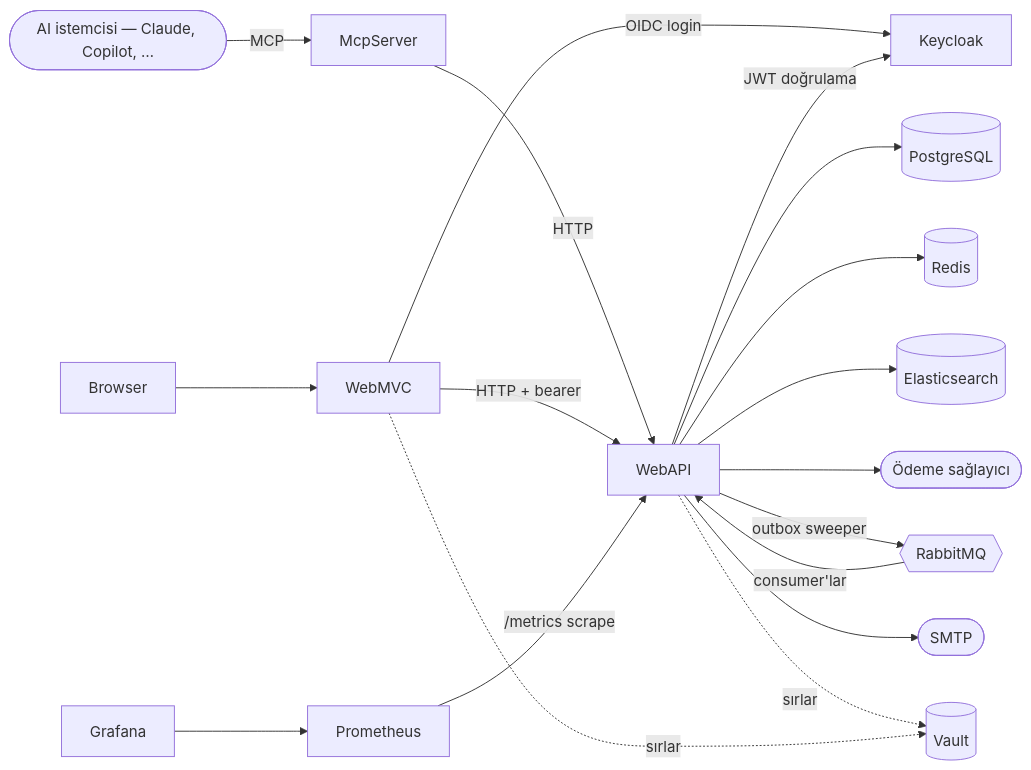
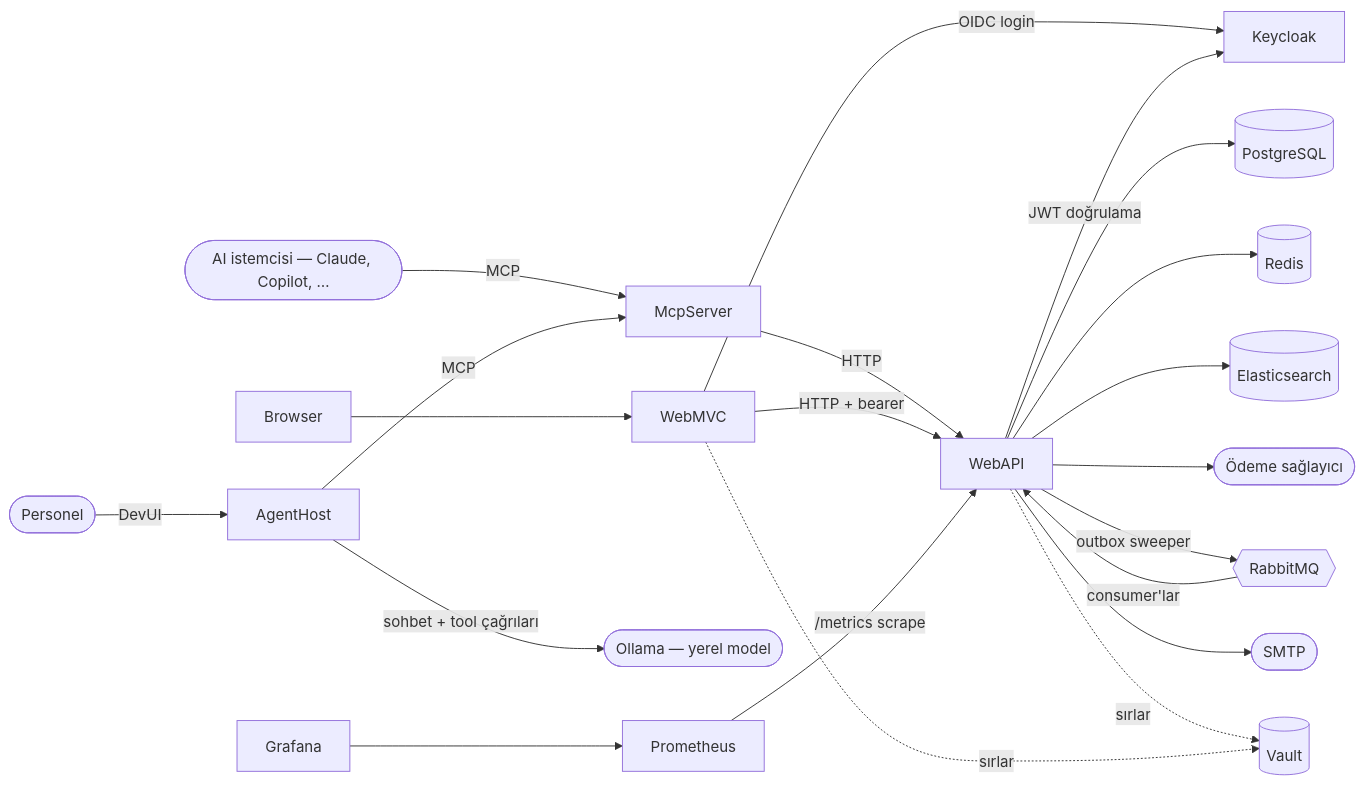
Before and after one commit to furkanpasaoglu/StadiaPass: the first of 2 diagrams in README.tr.md, drawn with Mermaid. The commit also changed other lines of this file and 1 other file, not shown here.

First line of the commit message:
docs: cover the analyst agent and its evals in the readme's AI section

````diff
--- a/README.tr.md
+++ b/README.tr.md
@@ -111,20 +116,23 @@
 ```mermaid
 flowchart LR
   Browser --> WebMVC
   AI([AI istemcisi — Claude, Copilot, …]) -->|MCP| McpServer
+  Personel([Personel]) -->|DevUI| AgentHost
+  AgentHost -->|MCP| McpServer
+  AgentHost -->|sohbet + tool çağrıları| Ollama([Ollama — yerel model])
   McpServer -->|HTTP| WebAPI
   WebMVC -->|HTTP + bearer| WebAPI
   WebMVC -->|OIDC login| Keycloak
   WebAPI -->|JWT doğrulama| Keycloak
   WebAPI --> Postgres[(PostgreSQL)]
   WebAPI --> Redis[(Redis)]
   WebAPI --> Elastic[(Elasticsearch)]
   WebAPI --> Stripe([Ödeme sağlayıcı])
   WebAPI -->|outbox sweeper| Rabbit{{RabbitMQ}}
   Rabbit -->|consumer'lar| WebAPI
   WebAPI --> SMTP([SMTP])
   WebAPI -.sırlar.-> Vault[(Vault)]
   WebMVC -.sırlar.-> Vault
   Prometheus -->|/metrics scrape| WebAPI
   Grafana --> Prometheus
 ```
````
